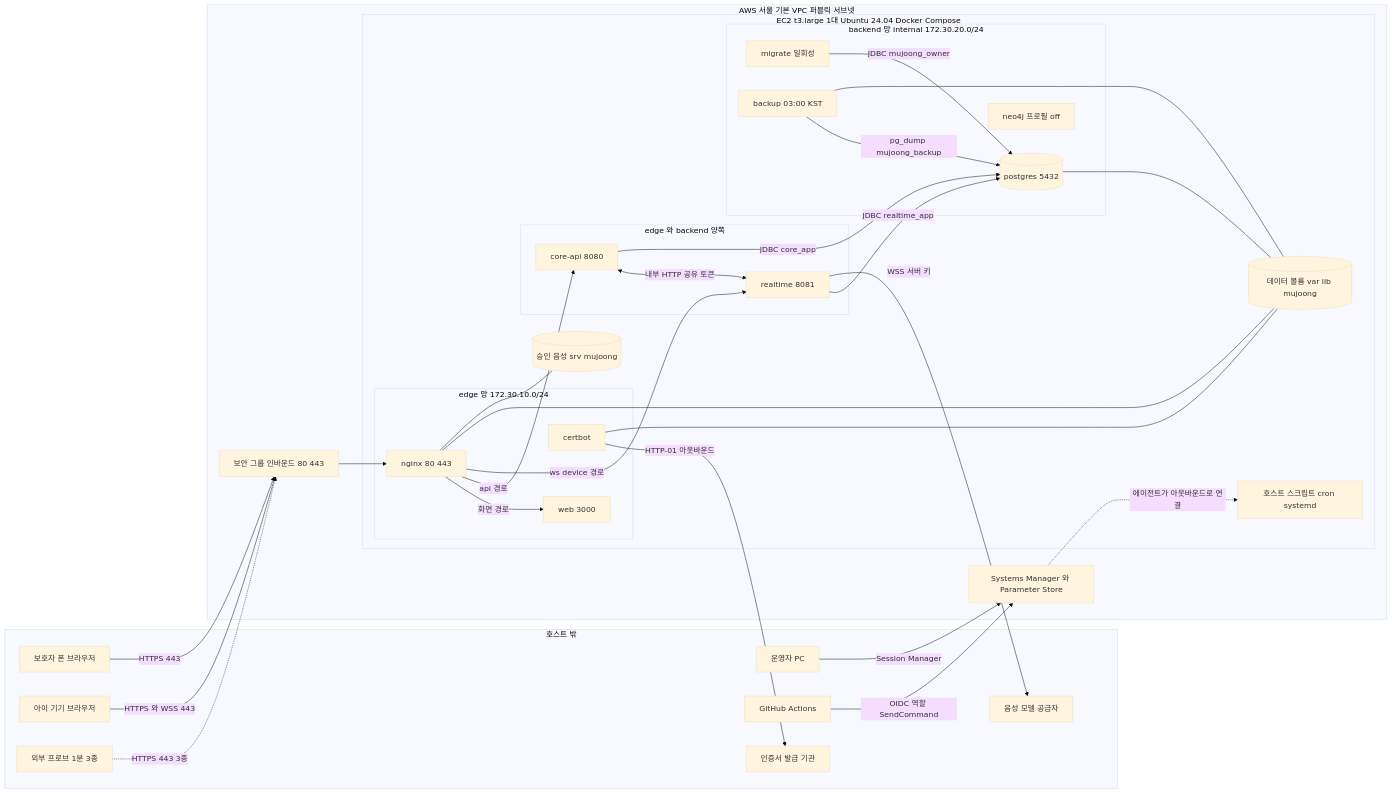
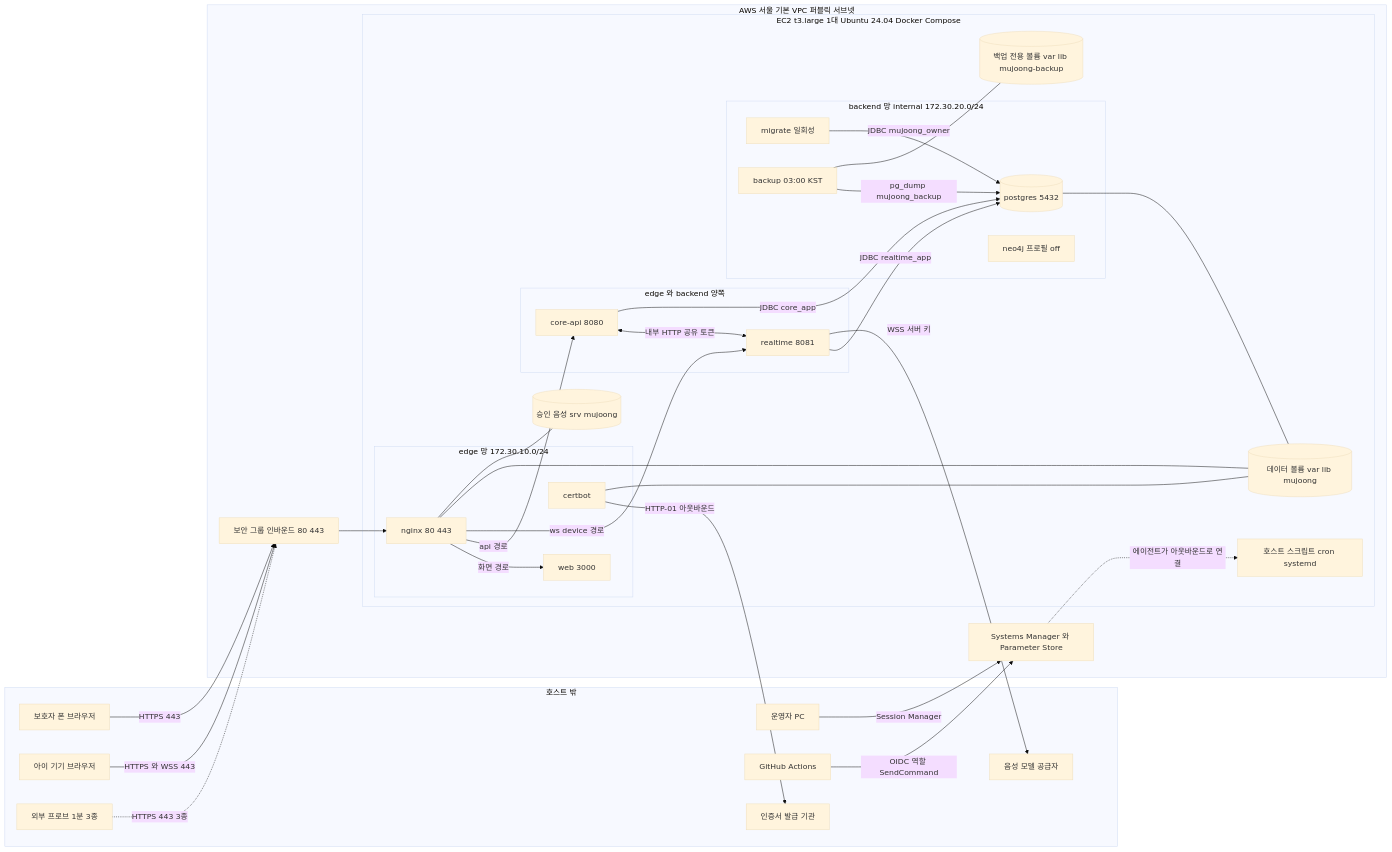
Before and after one commit to team-jomyung/mujungi: the diagram in aidlc/spaces/default/intents/261008-mujoong-service/construction/u1-walking-skeleton/infrastructure-design/infrastructure-specification.md, drawn with Mermaid (base theme). The commit also changed other lines of this file and 7 other files, not shown here.

````diff
--- a/aidlc/spaces/default/intents/261008-mujoong-service/construction/u1-walking-skeleton/infrastructure-design/infrastructure-specification.md
+++ b/aidlc/spaces/default/intents/261008-mujoong-service/construction/u1-walking-skeleton/infrastructure-design/infrastructure-specification.md
@@ -33,58 +33,59 @@
 ```mermaid
 flowchart LR
   subgraph EXT["호스트 밖"]
     BP["보호자 폰 브라우저"]
     BD["아이 기기 브라우저"]
     EP["외부 프로브 1분 3종"]
     OP["운영자 PC"]
     GH["GitHub Actions"]
     LE["인증서 발급 기관"]
     PV["음성 모델 공급자"]
   end
   subgraph AWS["AWS 서울 기본 VPC 퍼블릭 서브넷"]
     SG["보안 그룹 인바운드 80 443"]
     SSM["Systems Manager 와 Parameter Store"]
     subgraph HOST["EC2 t3.large 1대 Ubuntu 24.04 Docker Compose"]
       subgraph EDGE["edge 망 172.30.10.0/24"]
         NG["nginx 80 443"]
         WB["web 3000"]
         CB["certbot"]
       end
       subgraph BOTH["edge 와 backend 양쪽"]
         CA["core-api 8080"]
         RT["realtime 8081"]
       end
       subgraph BACK["backend 망 internal 172.30.20.0/24"]
         PG[("postgres 5432")]
         MG["migrate 일회성"]
         BK["backup 03:00 KST"]
         NJ["neo4j 프로필 off"]
       end
       HS["호스트 스크립트 cron systemd"]
       V1[("데이터 볼륨 var lib mujoong")]
       V2[("승인 음성 srv mujoong")]
+      V3[("백업 전용 볼륨 var lib mujoong-backup")]
     end
   end
   BP -->|"HTTPS 443"| SG
   BD -->|"HTTPS 와 WSS 443"| SG
   EP -.->|"HTTPS 443 3종"| SG
   SG --> NG
   NG -->|"화면 경로"| WB
   NG -->|"api 경로"| CA
   NG -->|"ws device 경로"| RT
   CA <-->|"내부 HTTP 공유 토큰"| RT
   CA -->|"JDBC core_app"| PG
   RT -->|"JDBC realtime_app"| PG
   MG -->|"JDBC mujoong_owner"| PG
   BK -->|"pg_dump mujoong_backup"| PG
   RT -->|"WSS 서버 키"| PV
   CB -->|"HTTP-01 아웃바운드"| LE
   PG --- V1
-  BK --- V1
+  BK --- V3
   CB --- V1
   NG --- V1
   NG --- V2
   GH -->|"OIDC 역할 SendCommand"| SSM
   OP -->|"Session Manager"| SSM
   SSM -.->|"에이전트가 아웃바운드로 연결"| HS
 ```
````
